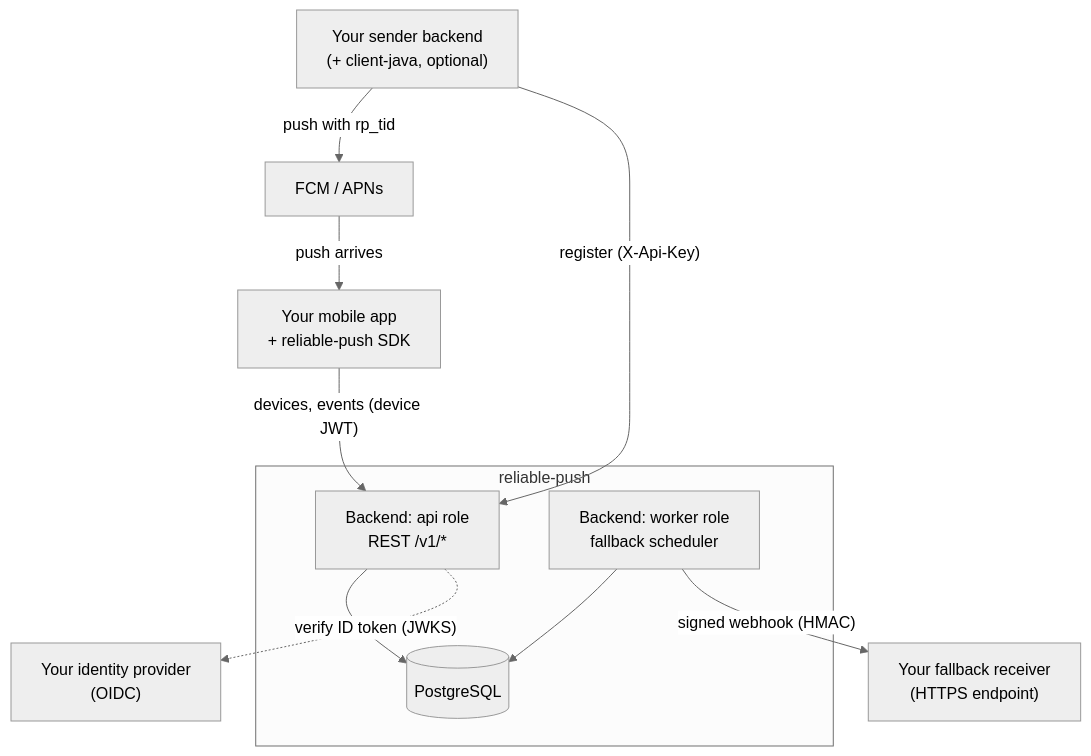
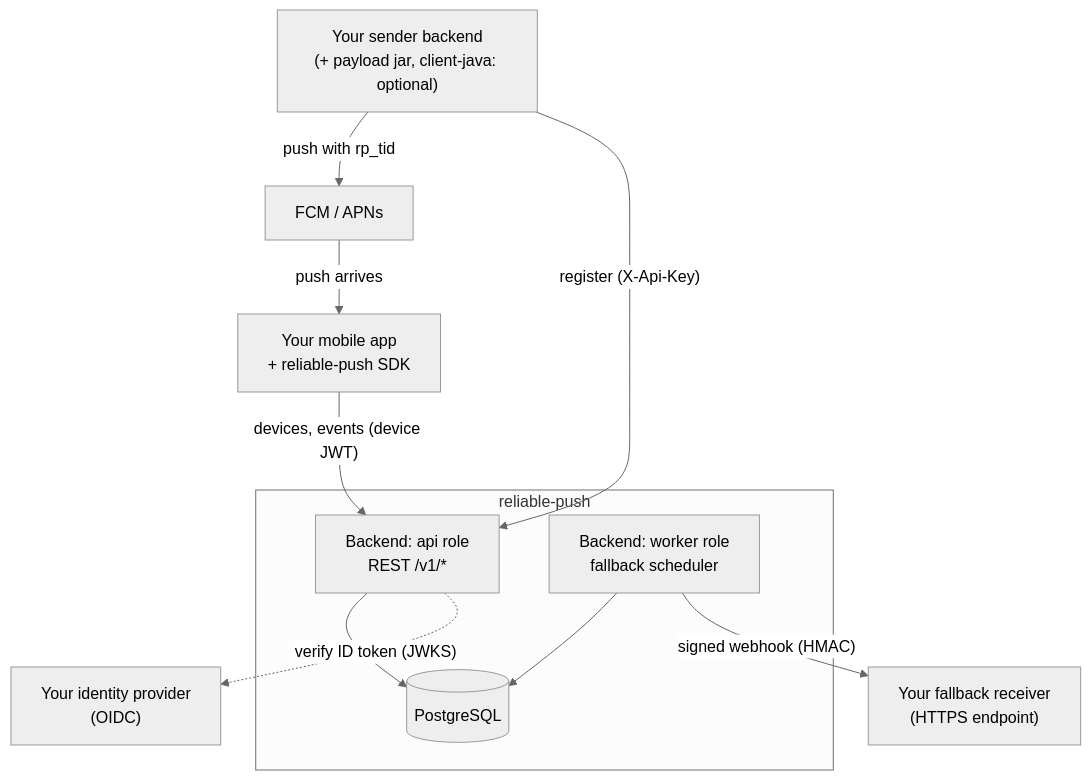
Before and after one commit to valentirob/reliable-push: the second of 13 diagrams in docs/overview.md, drawn with Mermaid (neutral theme). The commit also changed other lines of this file and 20 other files, not shown here.

````diff
--- a/docs/overview.md
+++ b/docs/overview.md
@@ -55,21 +59,21 @@
 ```mermaid
 flowchart TB
-  SB["Your sender backend<br/>(+ client-java, optional)"]
+  SB["Your sender backend<br/>(+ payload jar, client-java: optional)"]
   PP["FCM / APNs"]
   APP["Your mobile app<br/>+ reliable-push SDK"]
   RCV["Your fallback receiver<br/>(HTTPS endpoint)"]
   IDP["Your identity provider<br/>(OIDC)"]
   subgraph rp["reliable-push"]
     API["Backend: api role<br/>REST /v1/*"]
     DB[("PostgreSQL")]
     WRK["Backend: worker role<br/>fallback scheduler"]
     API --> DB
     WRK --> DB
   end
   SB -- "push with rp_tid" --> PP
   PP -- "push arrives" --> APP
   SB -- "register (X-Api-Key)" --> API
   APP -- "devices, events (device JWT)" --> API
   API -. "verify ID token (JWKS)" .-> IDP
   WRK -- "signed webhook (HMAC)" --> RCV
 ```
````
